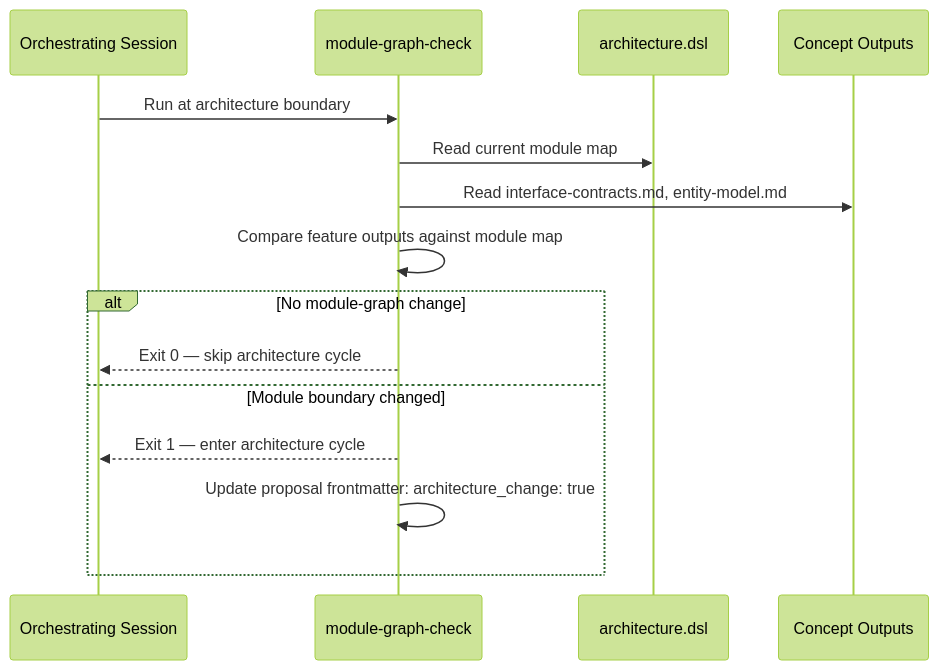
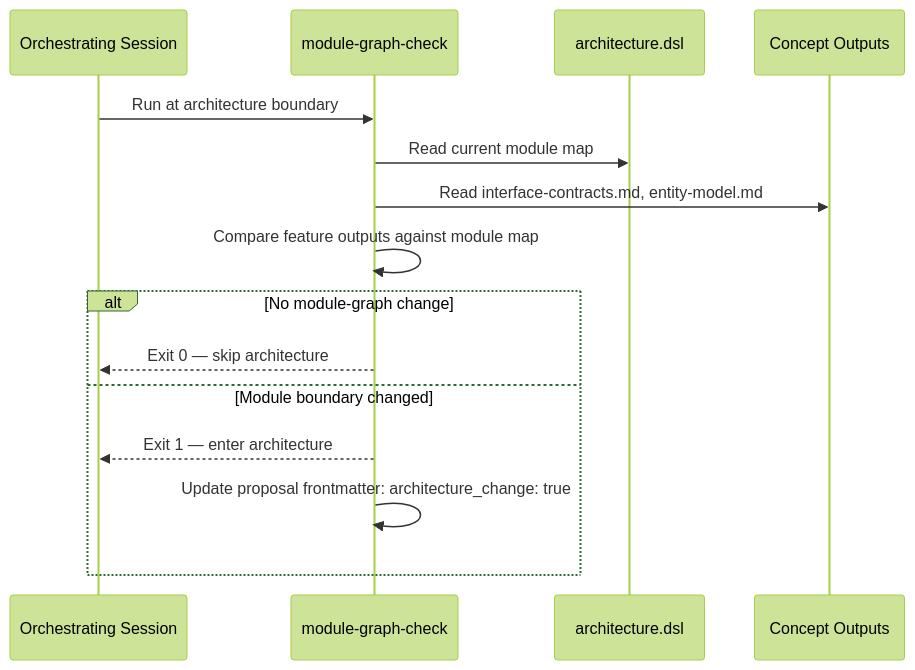
The seventh of 10 diagrams in docs/arc42/06_runtime_view.md (matthiasdaues/agent_factory), drawn with Mermaid (forest theme) before and after one commit. The commit also changed other lines of this file and 58 other files, not shown here.

````diff
--- a/docs/arc42/06_runtime_view.md
+++ b/docs/arc42/06_runtime_view.md
@@ -176,18 +174,18 @@
 ```mermaid
 sequenceDiagram
     participant S as Orchestrating Session
     participant MG as module-graph-check
     participant DSL as architecture.dsl
     participant CO as Concept Outputs
 
     S->>MG: Run at architecture boundary
     MG->>DSL: Read current module map
     MG->>CO: Read interface-contracts.md, entity-model.md
     MG->>MG: Compare feature outputs against module map
     alt No module-graph change
-        MG-->>S: Exit 0 — skip architecture cycle
+        MG-->>S: Exit 0 — skip architecture
     else Module boundary changed
-        MG-->>S: Exit 1 — enter architecture cycle
+        MG-->>S: Exit 1 — enter architecture
         MG->>MG: Update proposal frontmatter: architecture_change: true
     end
 ```
````
